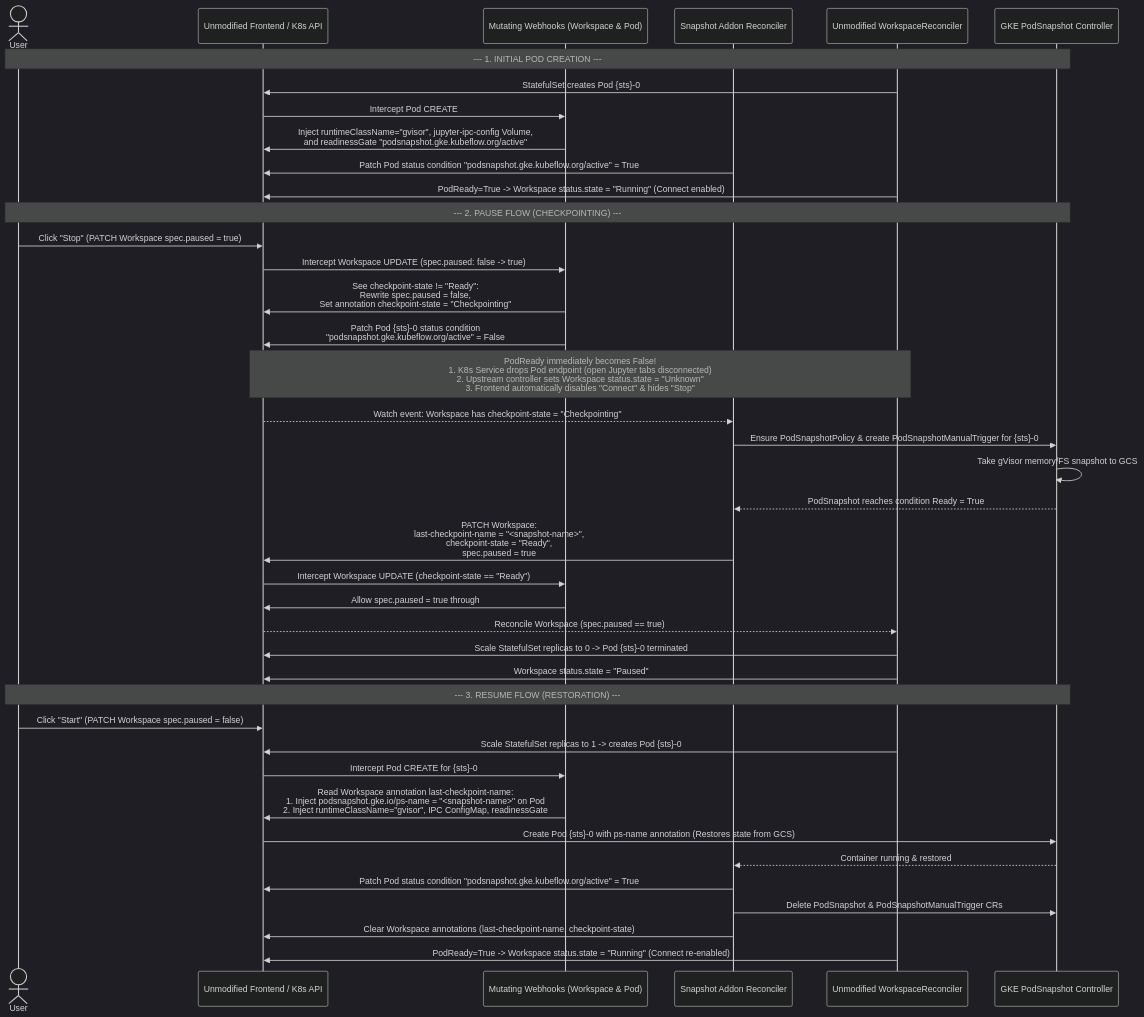
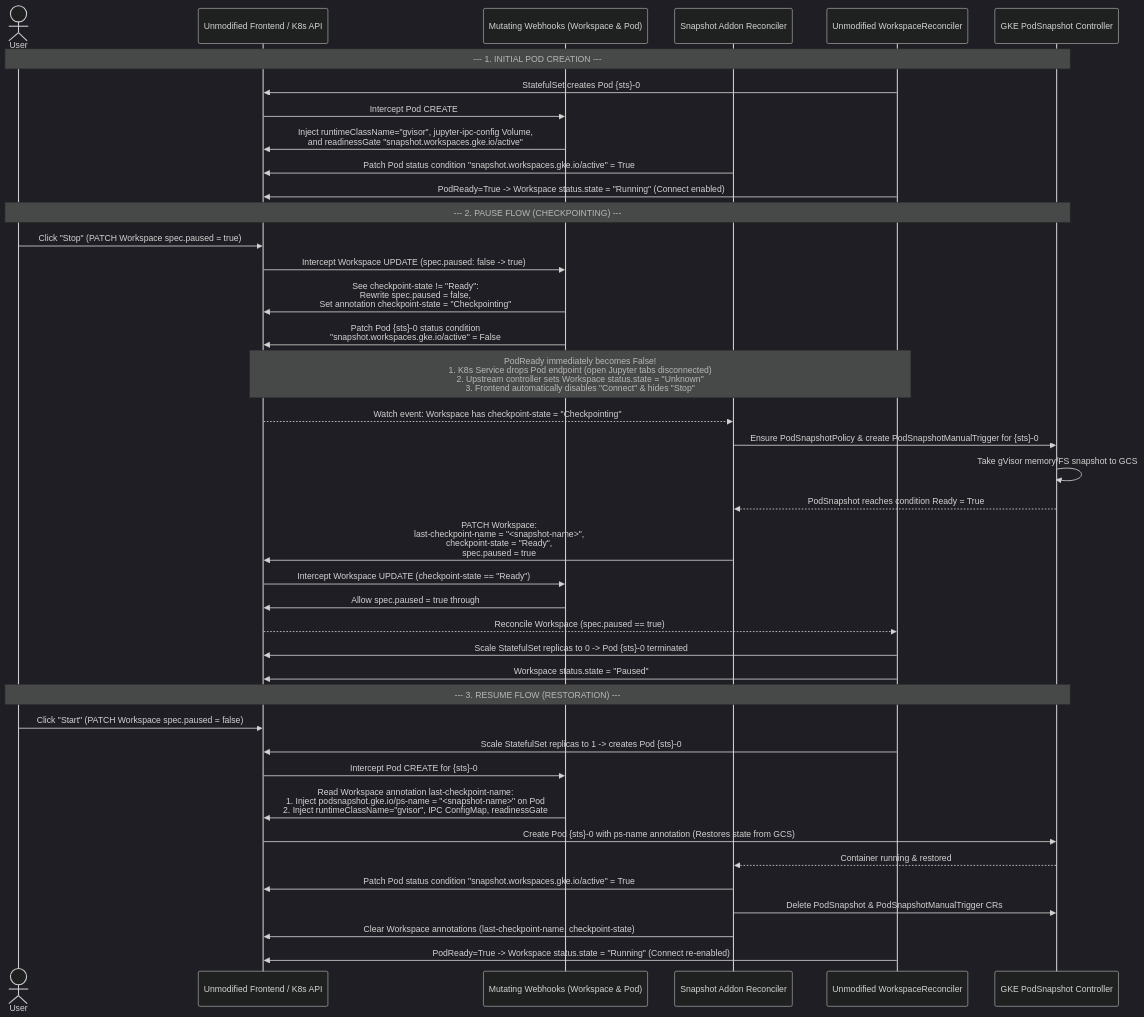
One commit to gke-labs/workspaces changed the diagram in providers/gke/pod_snapshot_webhook_design.md. Above: the diagram before and after it, drawn with Mermaid (dark theme). The commit also changed other lines of this file and 18 other files, not shown here.

Commit message:
chore: update label and annotation prefixes to workspaces.kubeflow.org and snapshot.workspaces.gke.io

````diff
--- a/providers/gke/pod_snapshot_webhook_design.md
+++ b/providers/gke/pod_snapshot_webhook_design.md
@@ -105,45 +105,45 @@
 ```mermaid
 sequenceDiagram
     actor User
     participant UI as Unmodified Frontend / K8s API
     participant WH as Mutating Webhooks (Workspace & Pod)
     participant Addon as Snapshot Addon Reconciler
     participant Upstream as Unmodified WorkspaceReconciler
     participant GKE as GKE PodSnapshot Controller
 
     Note over User, GKE: --- 1. INITIAL POD CREATION ---
     Upstream->>UI: StatefulSet creates Pod {sts}-0
     UI->>WH: Intercept Pod CREATE
-    WH->>UI: Inject runtimeClassName="gvisor", jupyter-ipc-config Volume,<br/>and readinessGate "podsnapshot.gke.kubeflow.org/active"
-    Addon->>UI: Patch Pod status condition "podsnapshot.gke.kubeflow.org/active" = True
+    WH->>UI: Inject runtimeClassName="gvisor", jupyter-ipc-config Volume,<br/>and readinessGate "snapshot.workspaces.gke.io/active"
+    Addon->>UI: Patch Pod status condition "snapshot.workspaces.gke.io/active" = True
     Upstream->>UI: PodReady=True -> Workspace status.state = "Running" (Connect enabled)
 
     Note over User, GKE: --- 2. PAUSE FLOW (CHECKPOINTING) ---
     User->>UI: Click "Stop" (PATCH Workspace spec.paused = true)
     UI->>WH: Intercept Workspace UPDATE (spec.paused: false -> true)
     WH->>UI: See checkpoint-state != "Ready":<br/>Rewrite spec.paused = false,<br/>Set annotation checkpoint-state = "Checkpointing"
-    WH->>UI: Patch Pod {sts}-0 status condition<br/>"podsnapshot.gke.kubeflow.org/active" = False
+    WH->>UI: Patch Pod {sts}-0 status condition<br/>"snapshot.workspaces.gke.io/active" = False
     Note over UI, Upstream: PodReady immediately becomes False!<br/>1. K8s Service drops Pod endpoint (open Jupyter tabs disconnected)<br/>2. Upstream controller sets Workspace status.state = "Unknown"<br/>3. Frontend automatically disables "Connect" & hides "Stop"
     UI-->>Addon: Watch event: Workspace has checkpoint-state = "Checkpointing"
     Addon->>GKE: Ensure PodSnapshotPolicy & create PodSnapshotManualTrigger for {sts}-0
     GKE->>GKE: Take gVisor memory/FS snapshot to GCS
     GKE-->>Addon: PodSnapshot reaches condition Ready = True
     Addon->>UI: PATCH Workspace:<br/>last-checkpoint-name = "<snapshot-name>",<br/>checkpoint-state = "Ready",<br/>spec.paused = true
     UI->>WH: Intercept Workspace UPDATE (checkpoint-state == "Ready")
     WH->>UI: Allow spec.paused = true through
     UI-->>Upstream: Reconcile Workspace (spec.paused == true)
     Upstream->>UI: Scale StatefulSet replicas to 0 -> Pod {sts}-0 terminated
     Upstream->>UI: Workspace status.state = "Paused"
 
     Note over User, GKE: --- 3. RESUME FLOW (RESTORATION) ---
     User->>UI: Click "Start" (PATCH Workspace spec.paused = false)
     Upstream->>UI: Scale StatefulSet replicas to 1 -> creates Pod {sts}-0
     UI->>WH: Intercept Pod CREATE for {sts}-0
     WH->>UI: Read Workspace annotation last-checkpoint-name:<br/>1. Inject podsnapshot.gke.io/ps-name = "<snapshot-name>" on Pod<br/>2. Inject runtimeClassName="gvisor", IPC ConfigMap, readinessGate
     UI->>GKE: Create Pod {sts}-0 with ps-name annotation (Restores state from GCS)
     GKE-->>Addon: Container running & restored
-    Addon->>UI: Patch Pod status condition "podsnapshot.gke.kubeflow.org/active" = True
+    Addon->>UI: Patch Pod status condition "snapshot.workspaces.gke.io/active" = True
     Addon->>GKE: Delete PodSnapshot & PodSnapshotManualTrigger CRs
     Addon->>UI: Clear Workspace annotations (last-checkpoint-name, checkpoint-state)
     Upstream->>UI: PodReady=True -> Workspace status.state = "Running" (Connect re-enabled)
 ```
````
